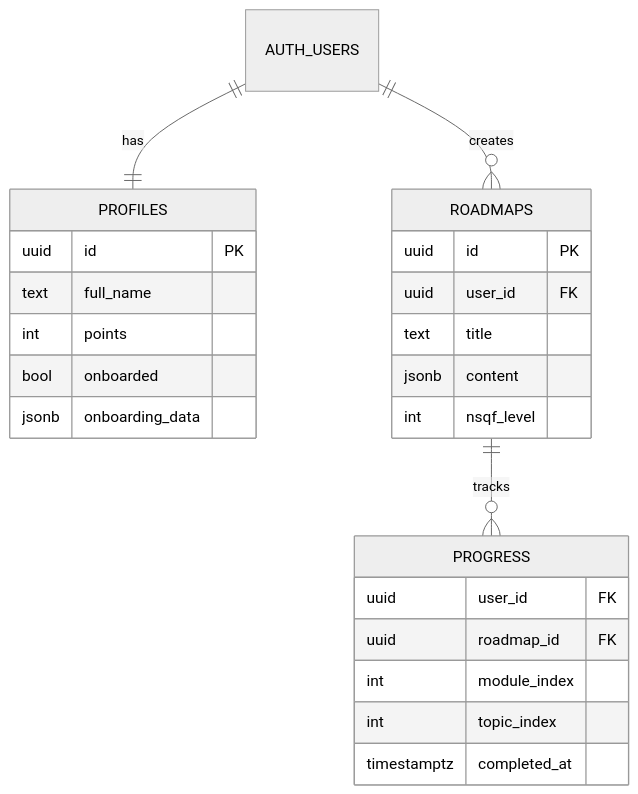
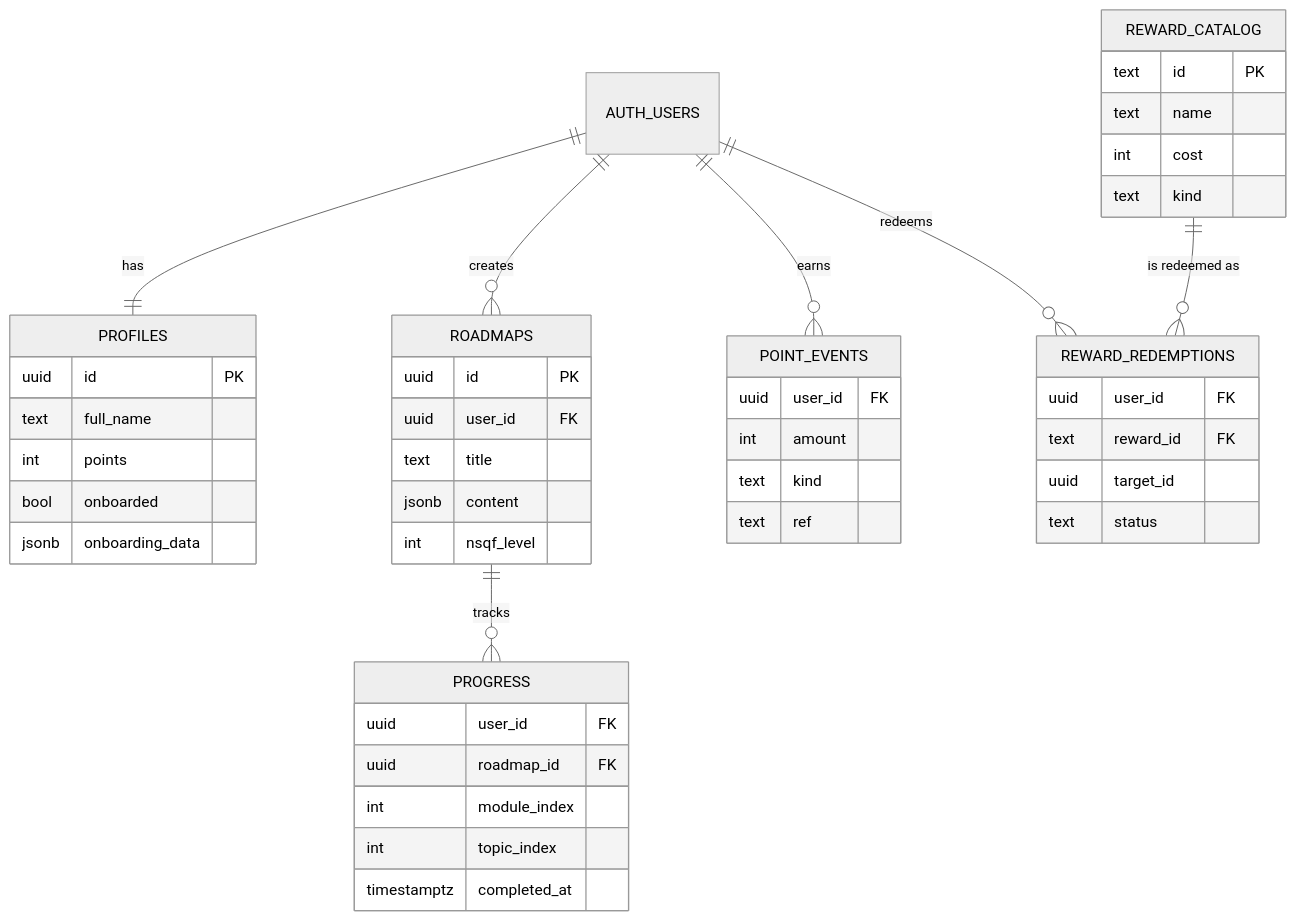
The third of 3 diagrams in README.md (srikantlose/gyaanguru), drawn with Mermaid (neutral theme) before and after one commit. The commit also changed other lines of this file and 25 other files, not shown here.

First line of the commit message:
Add points ledger, roadmap bonus and rewards page

````diff
--- a/README.md
+++ b/README.md
@@ -105,27 +106,48 @@
 ```mermaid
 erDiagram
     AUTH_USERS ||--|| PROFILES : has
     AUTH_USERS ||--o{ ROADMAPS : creates
     ROADMAPS ||--o{ PROGRESS : tracks
+    AUTH_USERS ||--o{ POINT_EVENTS : earns
+    AUTH_USERS ||--o{ REWARD_REDEMPTIONS : redeems
+    REWARD_CATALOG ||--o{ REWARD_REDEMPTIONS : "is redeemed as"
     PROFILES {
         uuid id PK
         text full_name
         int points
         bool onboarded
         jsonb onboarding_data
     }
     ROADMAPS {
         uuid id PK
         uuid user_id FK
         text title
         jsonb content
         int nsqf_level
     }
     PROGRESS {
         uuid user_id FK
         uuid roadmap_id FK
         int module_index
         int topic_index
         timestamptz completed_at
     }
+    POINT_EVENTS {
+        uuid user_id FK
+        int amount
+        text kind
+        text ref
+    }
+    REWARD_CATALOG {
+        text id PK
+        text name
+        int cost
+        text kind
+    }
+    REWARD_REDEMPTIONS {
+        uuid user_id FK
+        text reward_id FK
+        uuid target_id
+        text status
+    }
 ```
````
